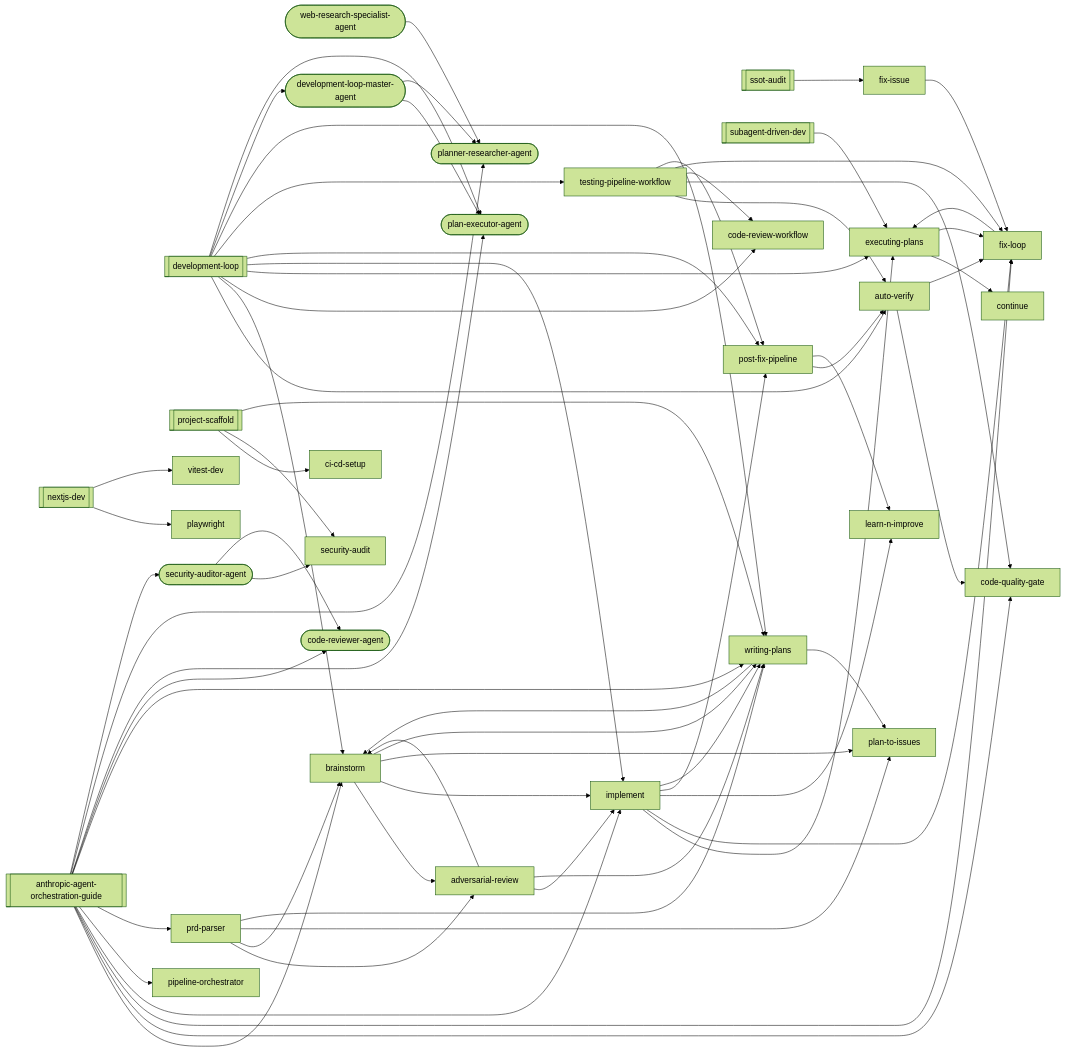
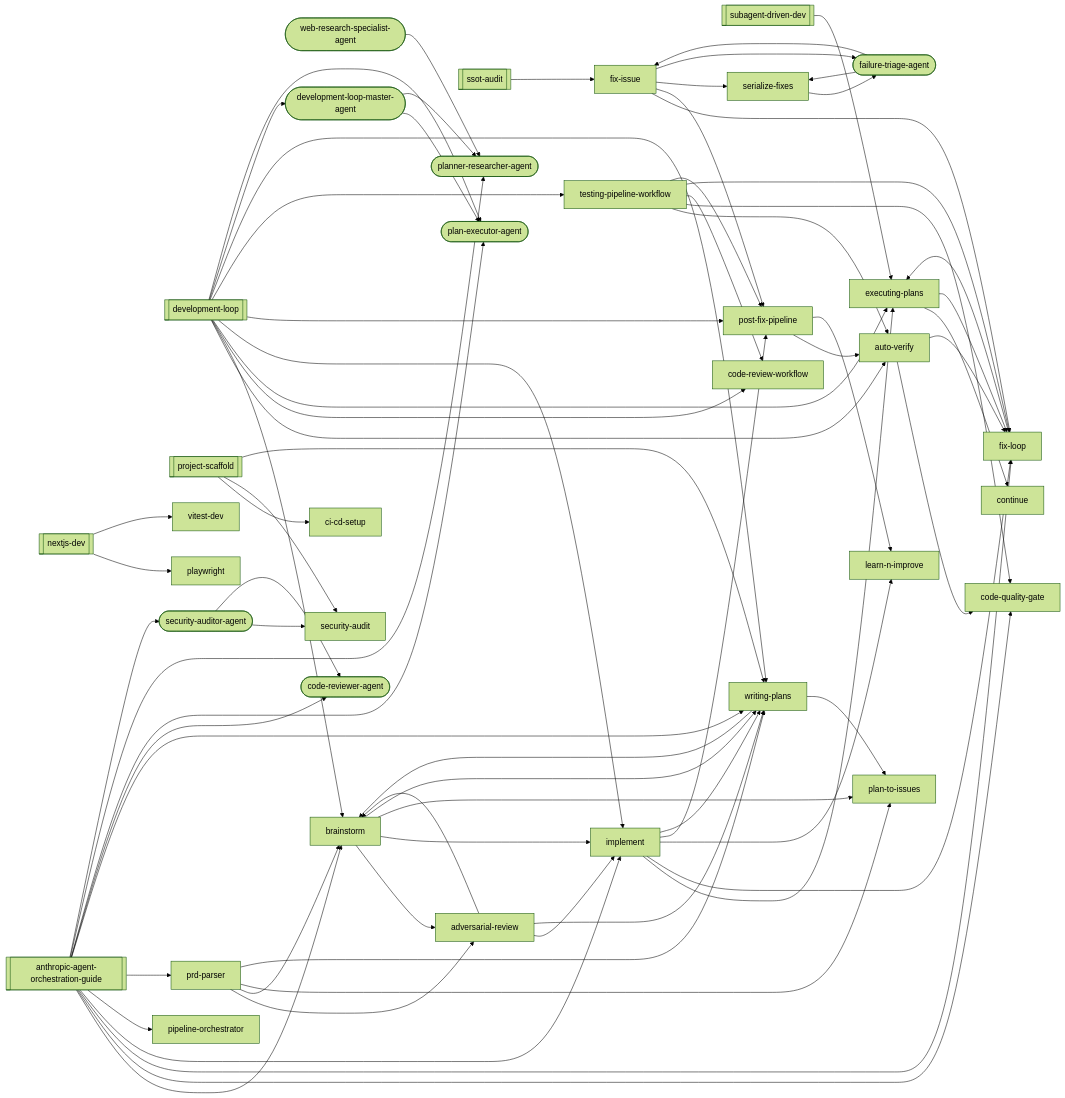
The second of 38 diagrams in docs/workflows/development-loop.md (abhayla/claude-best-practices), drawn with Mermaid (forest theme) before and after one commit. The commit also changed other lines of this file and 12 other files, not shown here.

```diff
--- a/docs/workflows/development-loop.md
+++ b/docs/workflows/development-loop.md
@@ -176,6 +185,7 @@
     continue["continue"]
     development_loop_master_agent(["development-loop-master-agent"])
     executing_plans["executing-plans"]
+    failure_triage_agent(["failure-triage-agent"])
     fix_issue["fix-issue"]
     fix_loop["fix-loop"]
     implement["implement"]
@@ -189,6 +199,7 @@
     prd_parser["prd-parser"]
     security_audit["security-audit"]
     security_auditor_agent(["security-auditor-agent"])
+    serialize_fixes["serialize-fixes"]
     testing_pipeline_workflow["testing-pipeline-workflow"]
     vitest_dev["vitest-dev"]
     writing_plans["writing-plans"]
@@ -225,6 +236,9 @@
     executing_plans --> continue
     executing_plans --> fix_loop
     fix_issue --> fix_loop
+    fix_issue --> post_fix_pipeline
+    fix_issue --> serialize_fixes
+    fix_issue --> failure_triage_agent
     fix_loop --> executing_plans
     implement --> executing_plans
     implement --> fix_loop
@@ -242,6 +256,7 @@
     project_scaffold --> ci_cd_setup
     project_scaffold --> security_audit
     project_scaffold --> writing_plans
+    serialize_fixes --> failure_triage_agent
     ssot_audit --> fix_issue
     subagent_driven_dev --> executing_plans
     testing_pipeline_workflow --> auto_verify
@@ -253,6 +268,8 @@
     writing_plans --> plan_to_issues
     development_loop_master_agent --> plan_executor_agent
     development_loop_master_agent --> planner_researcher_agent
+    failure_triage_agent --> fix_issue
+    failure_triage_agent --> serialize_fixes
     security_auditor_agent --> security_audit
     security_auditor_agent --> code_reviewer_agent
     web_research_specialist_agent --> planner_researcher_agent
```
